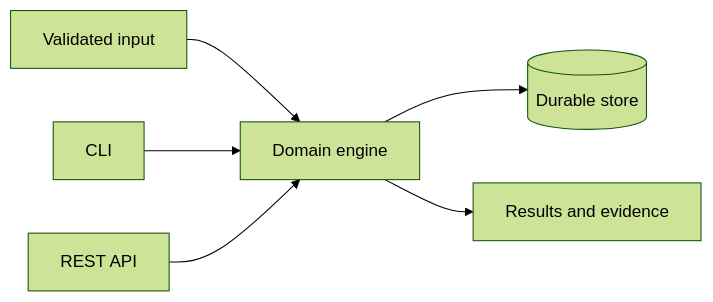
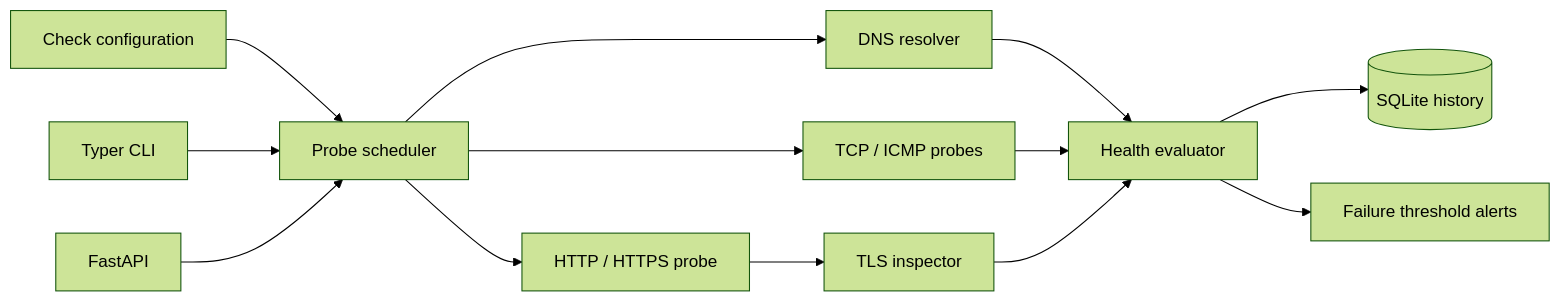
One commit to munashekwarai/netsentinel changed the diagram in README.md. Above: the diagram before and after it, drawn with Mermaid (forest theme). The commit also changed 1 other file, not shown here.

Commit message:
docs: map probe scheduling health history and alerts

````diff
--- a/README.md
+++ b/README.md
@@ -21,8 +21,13 @@
 ```mermaid
 flowchart LR
-  Input[Validated input] --> Core[Domain engine]
-  Core --> Store[(Durable store)]
-  CLI[CLI] --> Core
-  API[REST API] --> Core
-  Core --> Evidence[Results and evidence]
+  Config[Check configuration] --> Scheduler[Probe scheduler]
+  Scheduler --> DNS[DNS resolver]
+  Scheduler --> TCP[TCP / ICMP probes]
+  Scheduler --> Web[HTTP / HTTPS probe]
+  Web --> TLS[TLS inspector]
+  DNS & TCP & TLS --> Health[Health evaluator]
+  Health --> History[(SQLite history)]
+  Health --> Alerts[Failure threshold alerts]
+  CLI[Typer CLI] --> Scheduler
+  API[FastAPI] --> Scheduler
 ```
````
